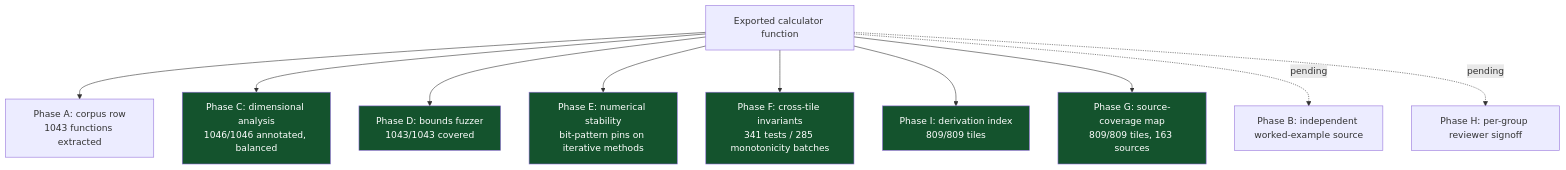
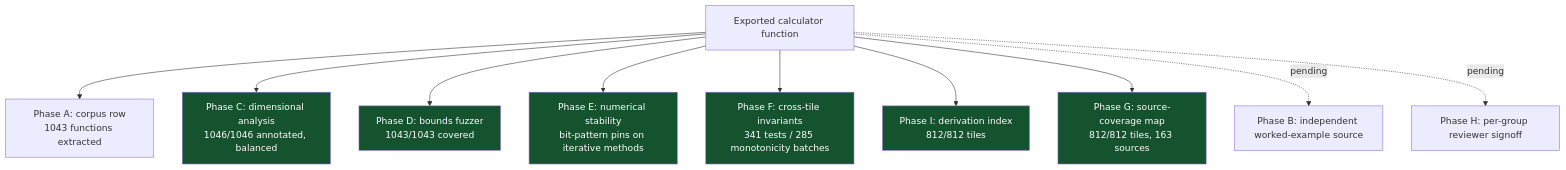
The sixth of 8 diagrams in README.md (clay-good/roughlogic.com), drawn with Mermaid before and after one commit. The commit also changed other lines of this file and 19 other files, not shown here.

````diff
--- a/README.md
+++ b/README.md
@@ -519,18 +519,18 @@
 ```mermaid
 flowchart TB
     F[Exported calculator function] --> A[Phase A: corpus row\n1043 functions extracted]
     F --> C[Phase C: dimensional analysis\n1046/1046 annotated, balanced]
     F --> D[Phase D: bounds fuzzer\n1043/1043 covered]
     F --> E[Phase E: numerical stability\nbit-pattern pins on iterative methods]
     F --> Fa[Phase F: cross-tile invariants\n341 tests / 285 monotonicity batches]
-    F --> I[Phase I: derivation index\n809/809 tiles]
-    F --> G[Phase G: source-coverage map\n809/809 tiles, 163 sources]
+    F --> I[Phase I: derivation index\n812/812 tiles]
+    F --> G[Phase G: source-coverage map\n812/812 tiles, 163 sources]
     F -.pending.-> B[Phase B: independent worked-example source]
     F -.pending.-> H[Phase H: per-group reviewer signoff]
     style C fill:#14532d,color:#fff
     style D fill:#14532d,color:#fff
     style E fill:#14532d,color:#fff
     style Fa fill:#14532d,color:#fff
     style G fill:#14532d,color:#fff
     style I fill:#14532d,color:#fff
 ```
````
